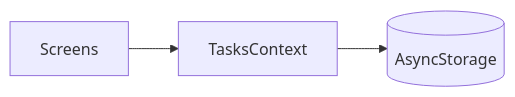
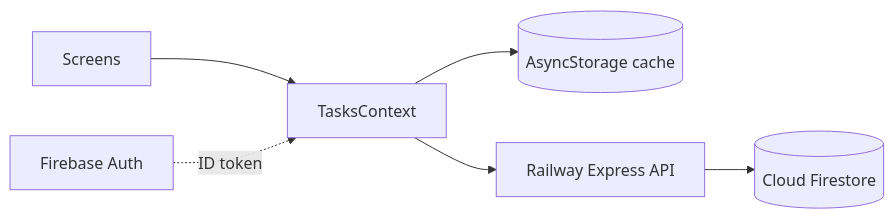
Before and after one commit to Abubaker23alluhaibi/smarttaks: the second of 3 diagrams in REPORT.md, drawn with Mermaid. The commit also changed other lines of this file and 19 other files, not shown here.

````diff
--- a/REPORT.md
+++ b/REPORT.md
@@ -75,5 +100,8 @@
 ```mermaid
 flowchart LR
   UI[Screens] --> CTX[TasksContext]
-  CTX --> AS[(AsyncStorage)]
+  CTX --> AS[(AsyncStorage cache)]
+  CTX --> API[Railway Express API]
+  API --> FS[(Cloud Firestore)]
+  AUTH[Firebase Auth] -. ID token .-> CTX
 ```
````
